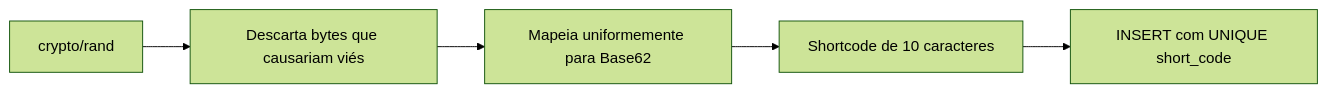
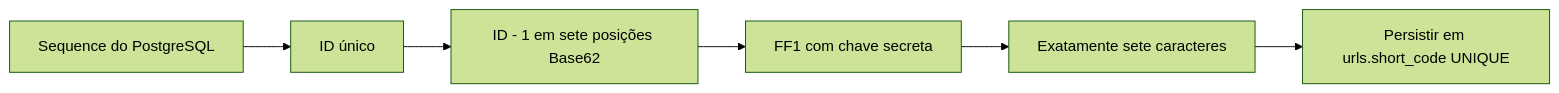
Before and after one commit to fredsaggio/shortbit: the first of 6 diagrams in docs/short-links.md, drawn with Mermaid (forest theme). The commit also changed other lines of this file and 4 other files, not shown here.

Commit message:
feat(docs): update data model, glossary, and short links documentation for new shortcode strategy and implementation details

````diff
--- a/docs/short-links.md
+++ b/docs/short-links.md
@@ -41,7 +42,8 @@
 ```mermaid
 flowchart LR
-    Random[crypto/rand] --> Reject[Descarta bytes que causariam viés]
-    Reject --> Base62[Mapeia uniformemente para Base62]
-    Base62 --> Code[Shortcode de 10 caracteres]
-    Code --> Insert[INSERT com UNIQUE short_code]
+    Sequence[Sequence do PostgreSQL] --> ID[ID único]
+    ID --> Base62[ID - 1 em sete posições Base62]
+    Base62 --> FF1[FF1 com chave secreta]
+    FF1 --> Code[Exatamente sete caracteres]
+    Code --> Insert[Persistir em urls.short_code UNIQUE]
 ```
````
